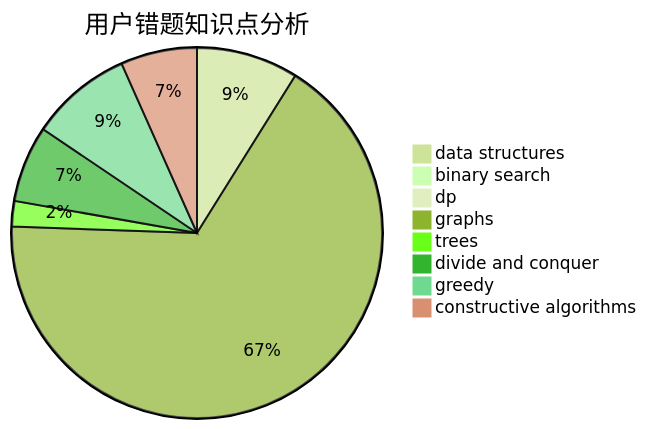
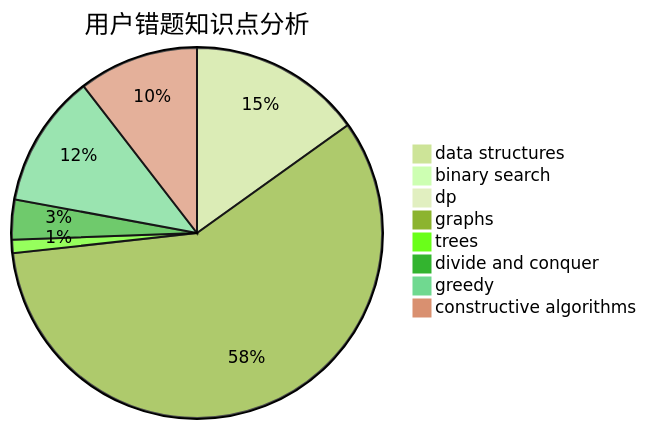
The third of 3 diagrams in docs/user/u1966.md (sherpahu/cfrs.github.io), drawn with Mermaid (forest theme) before and after one commit. The commit also changed other lines of this file and 2770 other files, not shown here.

````diff
--- a/docs/user/u1966.md
+++ b/docs/user/u1966.md
@@ -36,11 +36,11 @@
 ```mermaid
 pie title 用户错题知识点分析
-    "data structures" :  4
+    "data structures" :  13
     "binary search" :  0
     "dp" :  0
-    "graphs" :  30
+    "graphs" :  50
     "trees" :  1
     "divide and conquer" :  3
-    "greedy" :  4
-    "constructive algorithms" :  3
+    "greedy" :  10
+    "constructive algorithms" :  9
 ```
````
